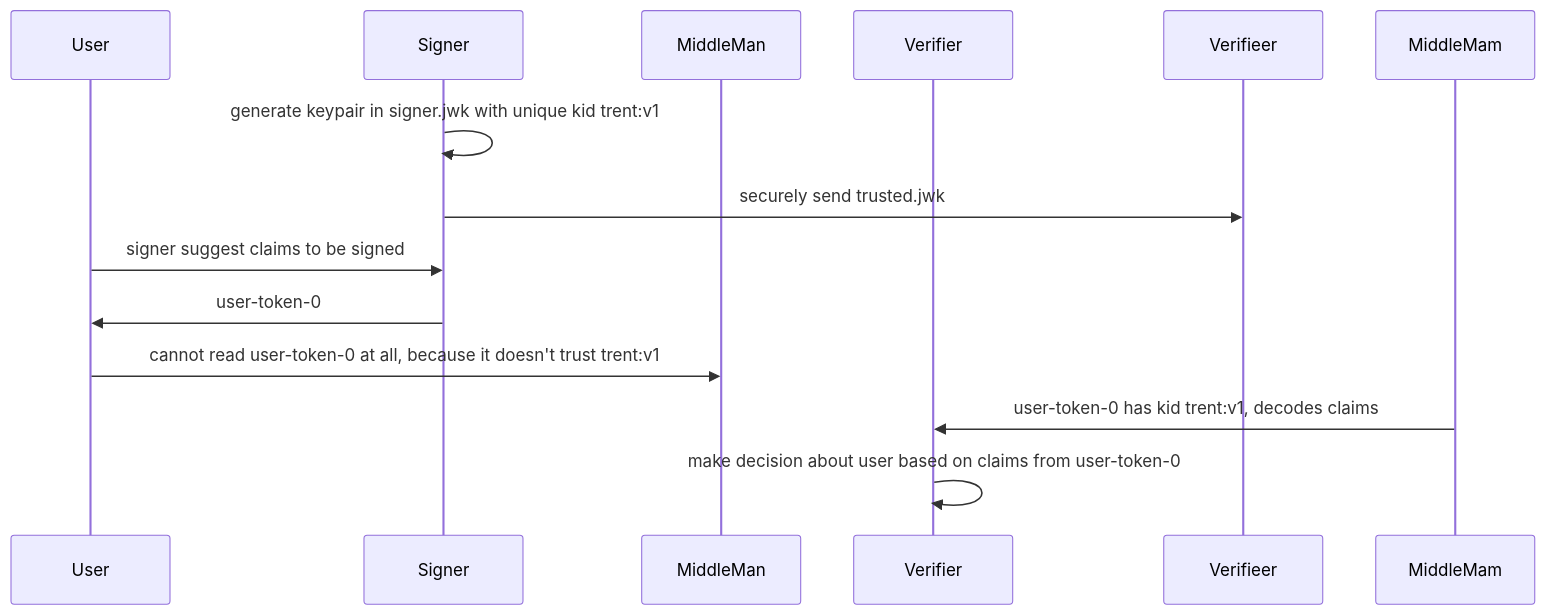
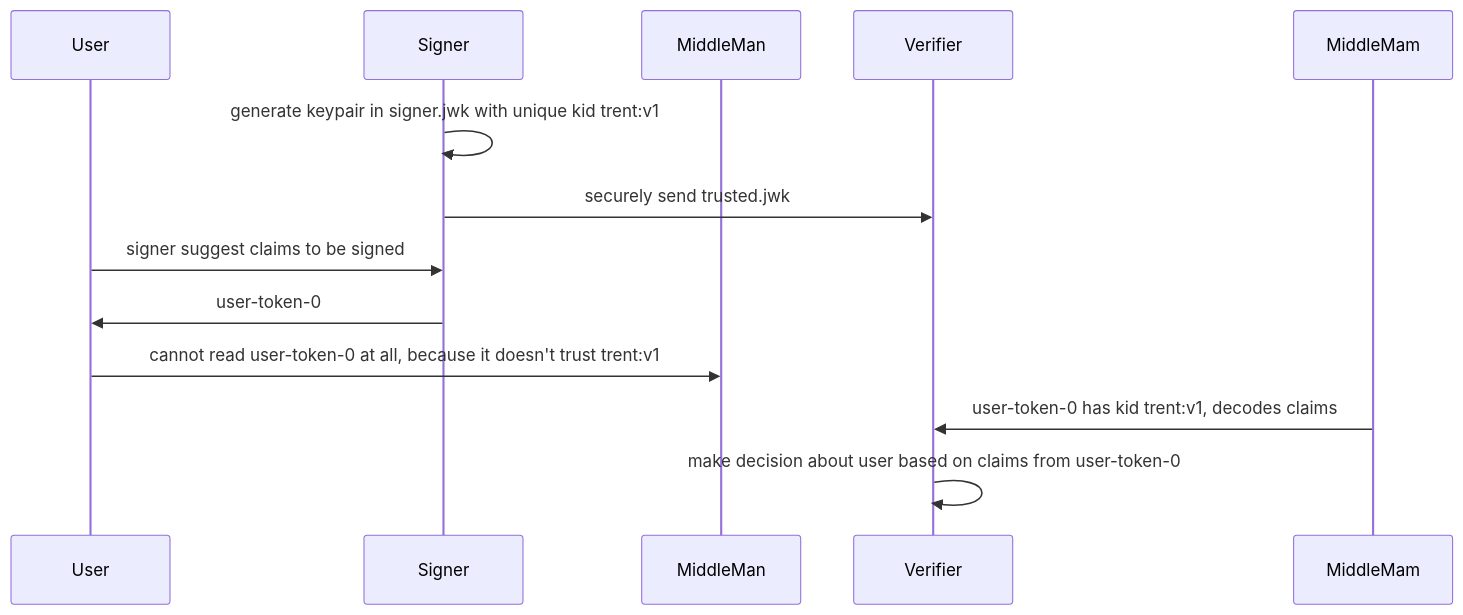
Before and after one commit to rfielding/whiskeyTango: the diagram in README.md, drawn with Mermaid. The commit also changed other lines of this file, not shown here.

Commit message:
add diagram

````diff
--- a/README.md
+++ b/README.md
@@ -159,14 +23,14 @@
 ```mermaid
 sequenceDiagram
   participant User
   participant Signer
   participant MiddleMan
   participant Verifier
   Signer->>Signer: generate keypair in signer.jwk with unique kid trent:v1
-  Signer->>Verifieer: securely send trusted.jwk
+  Signer->>Verifier: securely send trusted.jwk
   User->>Signer: signer suggest claims to be signed
   Signer->>User: user-token-0
   User->>MiddleMan: cannot read user-token-0 at all, because it doesn't trust trent:v1
   MiddleMam->>Verifier: user-token-0 has kid trent:v1, decodes claims
   Verifier->>Verifier: make decision about user based on claims from user-token-0
 ```
````
